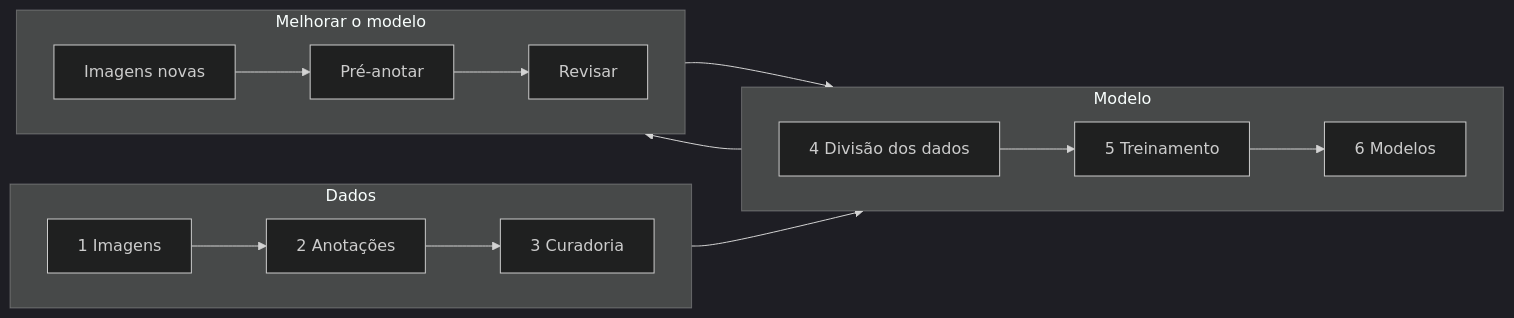
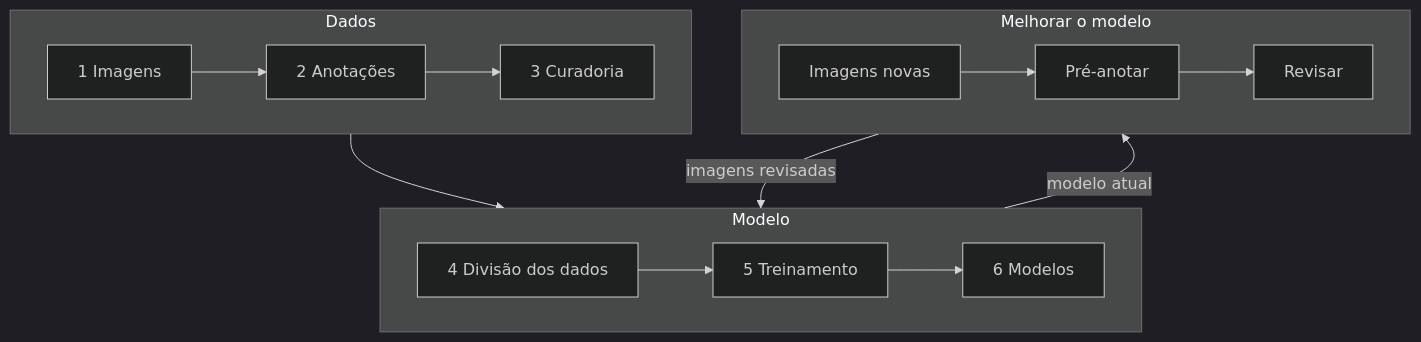
Before and after one commit to karemdm/activelabel: the diagram in docs/GUIA.pt-BR.md, drawn with Mermaid (dark theme). The commit also changed 2 other files, not shown here.

Commit message:
docs: stack the workflow diagrams vertically so their texts no longer shrink or cross

````diff
--- a/docs/GUIA.pt-BR.md
+++ b/docs/GUIA.pt-BR.md
@@ -11,18 +11,18 @@
 ```mermaid
-flowchart LR
+flowchart TB
   subgraph G1["Dados"]
     direction LR
     A["1 Imagens"] --> B["2 Anotações"] --> C["3 Curadoria"]
   end
   subgraph G2["Modelo"]
     direction LR
     D["4 Divisão dos dados"] --> E["5 Treinamento"] --> F["6 Modelos"]
   end
   subgraph G3["Melhorar o modelo"]
     direction LR
     N["Imagens novas"] --> P["Pré-anotar"] --> R["Revisar"]
   end
-  C --> D
-  F --> P
-  R --> D
+  G1 --> G2
+  G2 -- "modelo atual" --> G3
+  G3 -- "imagens revisadas" --> G2
 ```
````
